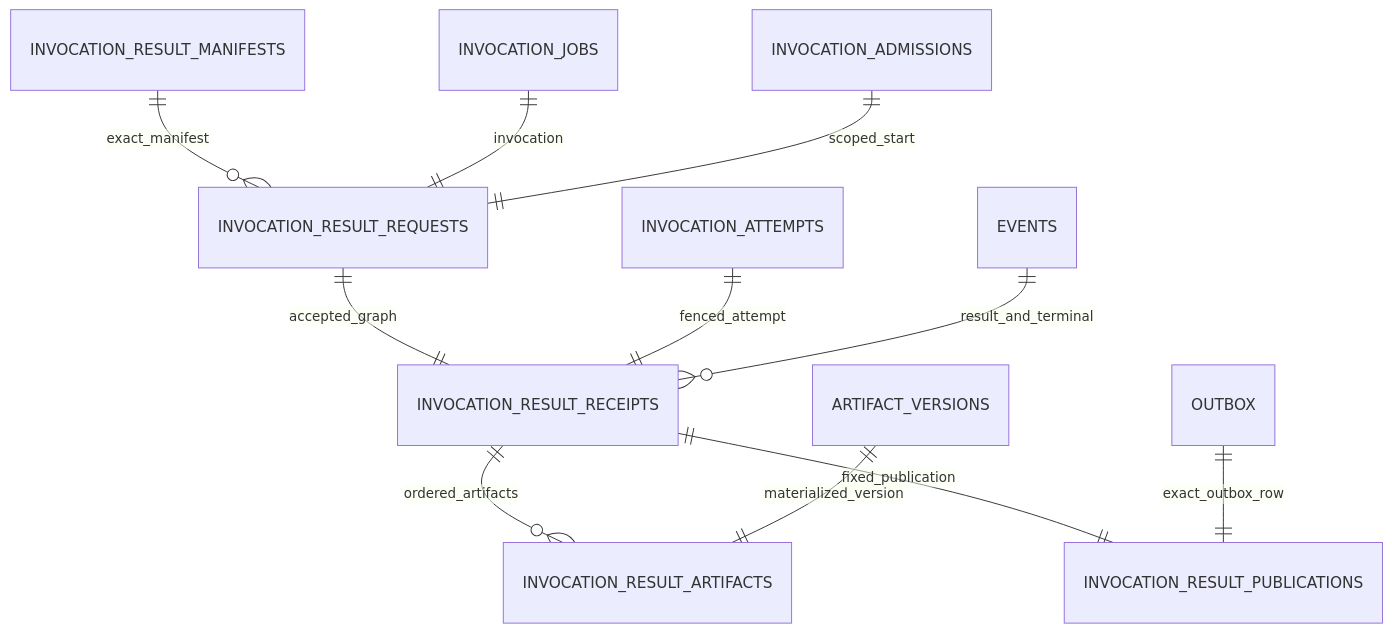
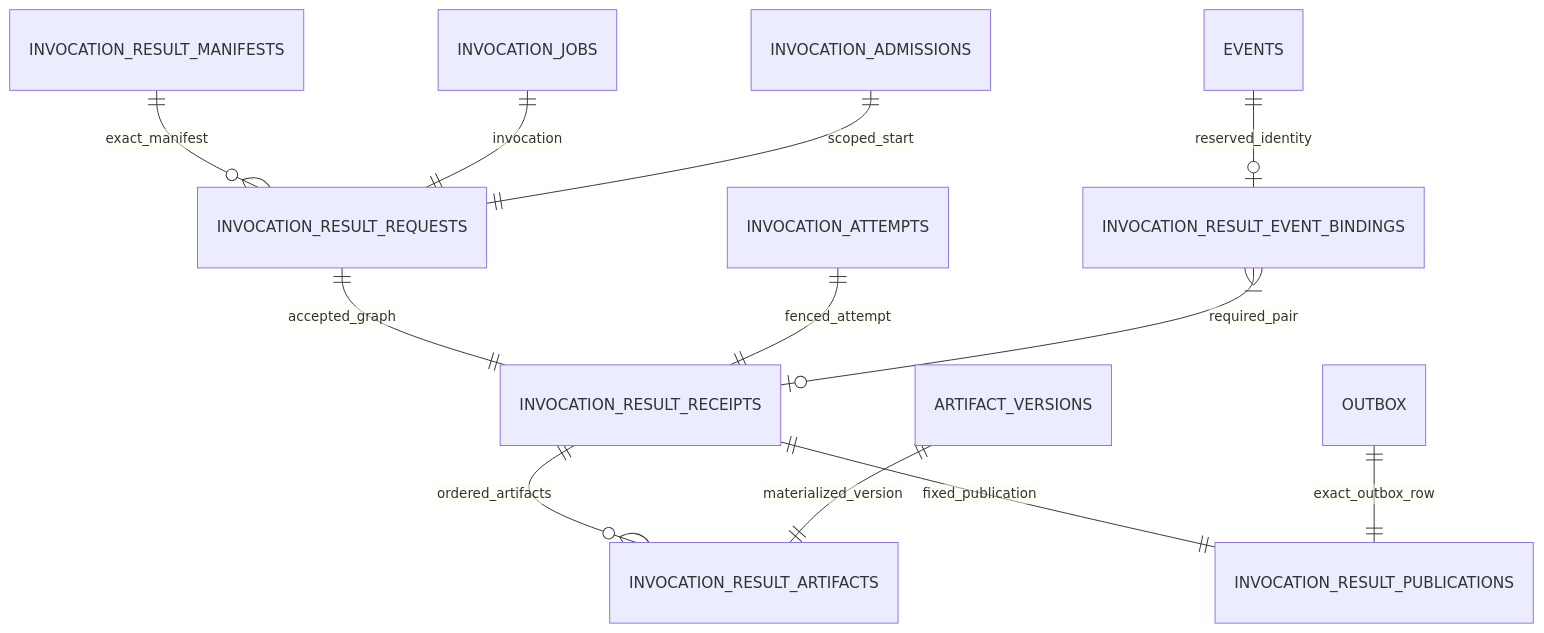
Before and after one commit to huapohen/quantum-entanglement: the diagram in docs/architecture/INACTIVE_RESULT_AUTHORITY_SCHEMA_V1.md, drawn with Mermaid. The commit also changed other lines of this file and 4 other files, not shown here.

Commit message:
feat: harden inactive result schema candidate

````diff
--- a/docs/architecture/INACTIVE_RESULT_AUTHORITY_SCHEMA_V1.md
+++ b/docs/architecture/INACTIVE_RESULT_AUTHORITY_SCHEMA_V1.md
@@ -51,13 +51,14 @@
 ```mermaid
 erDiagram
     INVOCATION_RESULT_MANIFESTS ||--o{ INVOCATION_RESULT_REQUESTS : exact_manifest
     INVOCATION_JOBS ||--|| INVOCATION_RESULT_REQUESTS : invocation
     INVOCATION_ADMISSIONS ||--|| INVOCATION_RESULT_REQUESTS : scoped_start
     INVOCATION_RESULT_REQUESTS ||--|| INVOCATION_RESULT_RECEIPTS : accepted_graph
     INVOCATION_ATTEMPTS ||--|| INVOCATION_RESULT_RECEIPTS : fenced_attempt
-    EVENTS ||--o{ INVOCATION_RESULT_RECEIPTS : result_and_terminal
+    EVENTS ||--o| INVOCATION_RESULT_EVENT_BINDINGS : reserved_identity
+    INVOCATION_RESULT_EVENT_BINDINGS |{--o| INVOCATION_RESULT_RECEIPTS : required_pair
     INVOCATION_RESULT_RECEIPTS ||--o{ INVOCATION_RESULT_ARTIFACTS : ordered_artifacts
     ARTIFACT_VERSIONS ||--|| INVOCATION_RESULT_ARTIFACTS : materialized_version
     INVOCATION_RESULT_RECEIPTS ||--|| INVOCATION_RESULT_PUBLICATIONS : fixed_publication
     OUTBOX ||--|| INVOCATION_RESULT_PUBLICATIONS : exact_outbox_row
 ```
````
